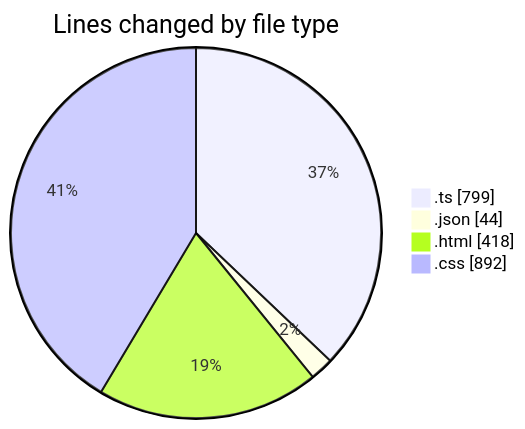
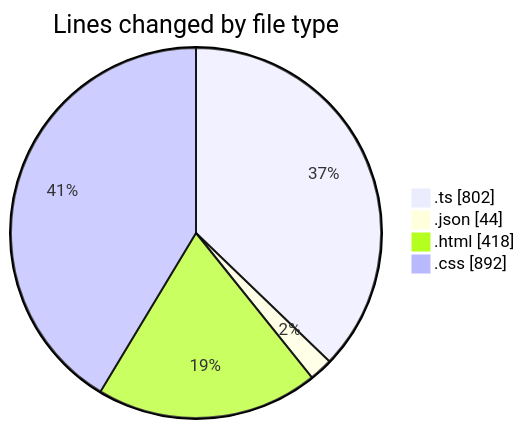
Before and after one commit to igalym/code-tracking: the first of 2 diagrams in 2026-06-16/cinema_3/README.md, drawn with Mermaid. The commit also changed other lines of this file and 1 other file, not shown here.

````diff
--- a/2026-06-16/cinema_3/README.md
+++ b/2026-06-16/cinema_3/README.md
@@ -33,8 +33,8 @@
 ```mermaid
 pie showData
 title Lines changed by file type
-".ts" : 799
+".ts" : 802
 ".json" : 44
 ".html" : 418
 ".css" : 892
 ```
````
